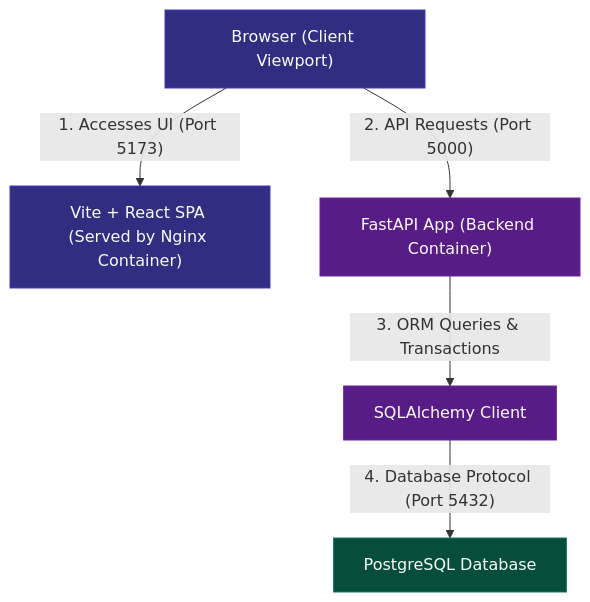
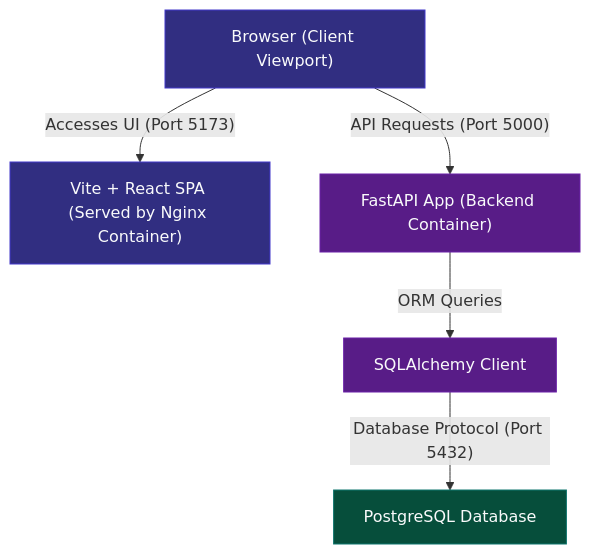
Before and after one commit to risshhubh/ApexStock: the diagram in README.md, drawn with Mermaid. The commit also changed other lines of this file, not shown here.

````diff
--- a/README.md
+++ b/README.md
@@ -15,21 +15,21 @@
 ```mermaid
 graph TD
     %% Styling
     classDef default fill:#111827,stroke:#374151,color:#f9fafb;
     classDef client fill:#312e81,stroke:#4338ca,color:#f9fafb;
     classDef server fill:#581c87,stroke:#6b21a8,color:#f9fafb;
     classDef db fill:#064e3b,stroke:#0f766e,color:#f9fafb;
 
     %% Elements
     Client["Browser (Client Viewport)"]:::client
     ReactNginx["Vite + React SPA (Served by Nginx Container)"]:::client
     FastAPI["FastAPI App (Backend Container)"]:::server
     SQLAlchemy["SQLAlchemy Client"]:::server
     Postgres["PostgreSQL Database"]:::db
 
     %% Relationships
-    Client -- "1. Accesses UI (Port 5173)" --> ReactNginx
-    Client -- "2. API Requests (Port 5000)" --> FastAPI
-    FastAPI -- "3. ORM Queries & Transactions" --> SQLAlchemy
-    SQLAlchemy -- "4. Database Protocol (Port 5432)" --> Postgres
+    Client -- "Accesses UI (Port 5173)" --> ReactNginx
+    Client -- "API Requests (Port 5000)" --> FastAPI
+    FastAPI -- "ORM Queries" --> SQLAlchemy
+    SQLAlchemy -- "Database Protocol (Port 5432)" --> Postgres
 ```
````
